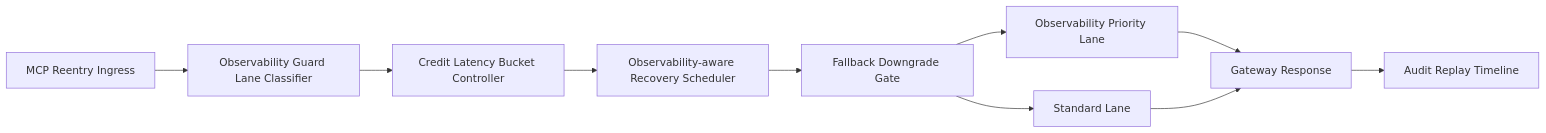
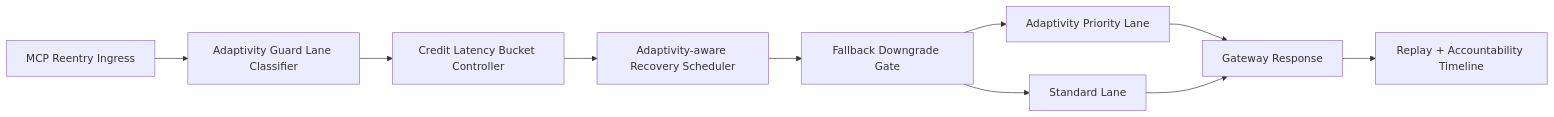
One commit to turbo998/ai-infra-lab changed the diagram in docs/azure-agent-infra/agent-apim-mcp-reentry-credit-latencybucket-observabilityguardlane-fairness-faq.md. Above: the diagram before and after it, drawn with Mermaid. The commit also changed other lines of this file and 22 other files, not shown here.

````diff
--- a/docs/azure-agent-infra/agent-apim-mcp-reentry-credit-latencybucket-observabilityguardlane-fairness-faq.md
+++ b/docs/azure-agent-infra/agent-apim-mcp-reentry-credit-latencybucket-observabilityguardlane-fairness-faq.md
@@ -26,12 +26,12 @@
 ```mermaid
 flowchart LR
-  A[MCP Reentry Ingress] --> B[Observability Guard Lane Classifier]
+  A[MCP Reentry Ingress] --> B[Adaptivity Guard Lane Classifier]
   B --> C[Credit Latency Bucket Controller]
-  C --> D[Observability-aware Recovery Scheduler]
+  C --> D[Adaptivity-aware Recovery Scheduler]
   D --> E[Fallback Downgrade Gate]
-  E --> F[Observability Priority Lane]
+  E --> F[Adaptivity Priority Lane]
   E --> G[Standard Lane]
   F --> H[Gateway Response]
   G --> H
-  H --> I[Audit Replay Timeline]
+  H --> I[Replay + Accountability Timeline]
 ```
````
